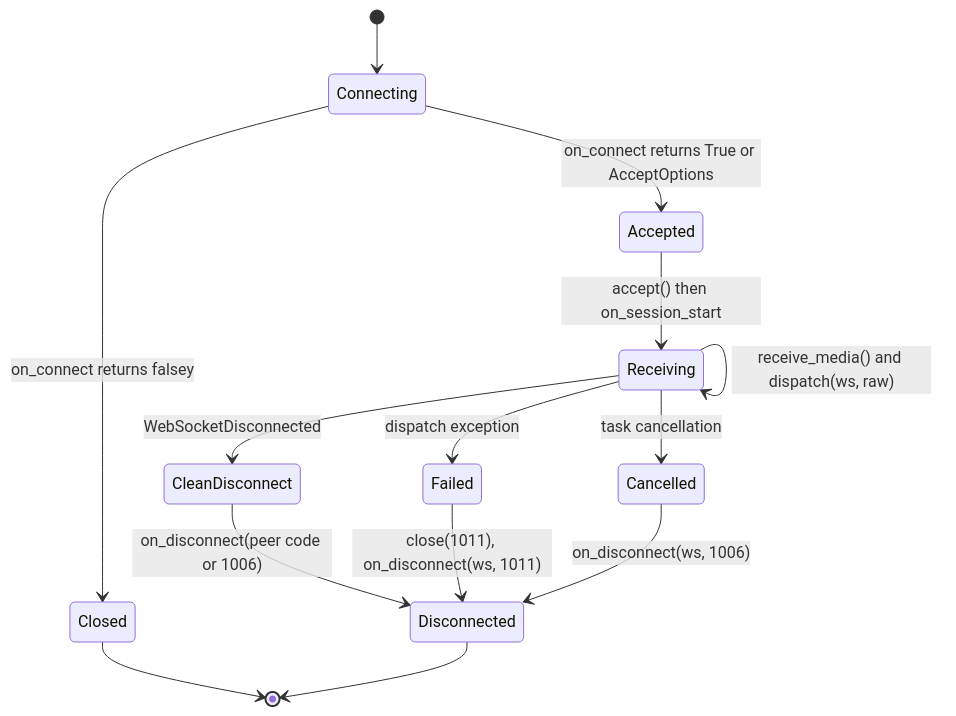
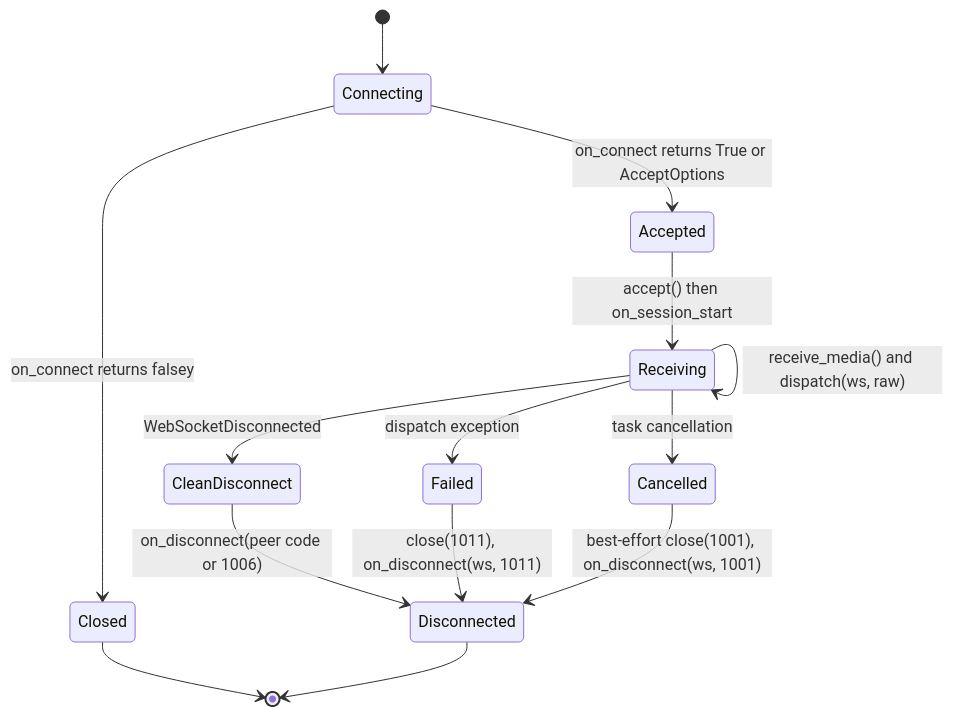
One commit to leynos/falcon-pachinko changed the first of 20 diagrams in docs/falcon-websocket-extension-design.md. Above: the diagram before and after it, drawn with Mermaid. The commit also changed other lines of this file and 29 other files, not shown here.

````diff
--- a/docs/falcon-websocket-extension-design.md
+++ b/docs/falcon-websocket-extension-design.md
@@ -68,24 +68,24 @@
 ```mermaid
 stateDiagram-v2
     accTitle: WebSocket session state transitions
     accDescr {
         The session starts while the router runs on_connect. A falsey result
         rejects the upgrade; an accepting result leads to router acceptance,
         on_session_start and the receive and dispatch loop. Disconnect,
         failure or cancellation leads to cleanup and the disconnected state.
     }
 
     [*] --> Connecting
     Connecting --> Accepted: on_connect returns True or AcceptOptions
     Connecting --> Closed: on_connect returns falsey
     Accepted --> Receiving: accept() then on_session_start
     Receiving --> Receiving: receive_media() and dispatch(ws, raw)
     Receiving --> CleanDisconnect: WebSocketDisconnected
     Receiving --> Failed: dispatch exception
     Receiving --> Cancelled: task cancellation
     CleanDisconnect --> Disconnected: on_disconnect(peer code or 1006)
     Failed --> Disconnected: close(1011), on_disconnect(ws, 1011)
-    Cancelled --> Disconnected: on_disconnect(ws, 1006)
+    Cancelled --> Disconnected: best-effort close(1001), on_disconnect(ws, 1001)
     Closed --> [*]
     Disconnected --> [*]
 ```
````
